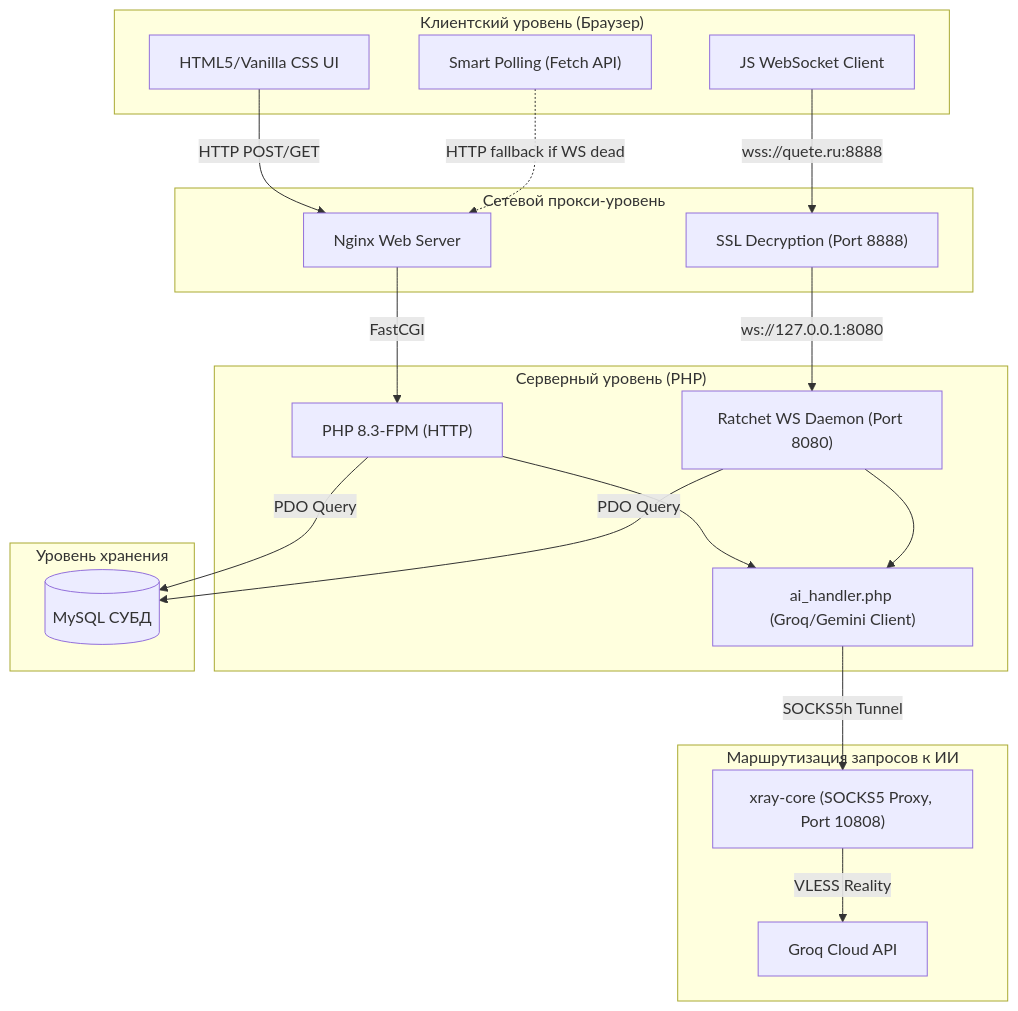
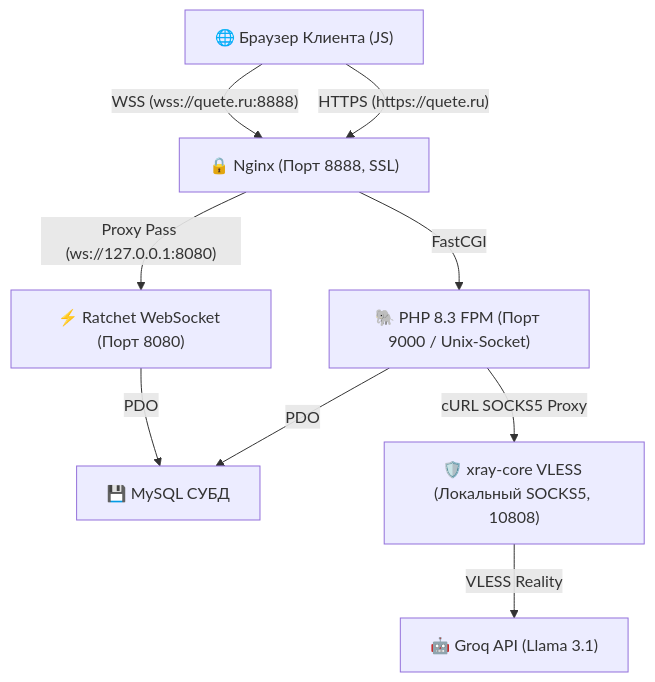
One commit to Gupkagrop/quete changed the diagram in deepAnalysis.md. Above: the diagram before and after it, drawn with Mermaid. The commit also changed other lines of this file and 2 other files, not shown here.

Commit message:
Обновление документации: добавлен раздел о глубоком техническом анализе архитектуры и интеграция правил разработки в `COMPLETED_WORK.md` и `GEMINI.md`; обновлен `deepAnalysis.md` с подробным описанием архитектуры и оптимизаций.

````diff
--- a/deepAnalysis.md
+++ b/deepAnalysis.md
@@ -22,46 +23,19 @@
 ```mermaid
-flowchart TD
-    subgraph Client ["Клиентский уровень (Браузер)"]
-        UI["HTML5/Vanilla CSS UI"]
-        JS["JS WebSocket Client"]
-        AJAX["Smart Polling (Fetch API)"]
-    end
+graph TD
+    Client["🌐 Браузер Клиента (JS)"]
+    Nginx["🔒 Nginx (Порт 8888, SSL)"]
+    Ratchet["⚡ Ratchet WebSocket (Порт 8080)"]
+    PHP_FPM["🐘 PHP 8.3 FPM (Порт 9000 / Unix-Socket)"]
+    MySQL["💾 MySQL СУБД"]
+    Xray["🛡️ xray-core VLESS (Локальный SOCKS5, 10808)"]
+    Groq["🤖 Groq API (Llama 3.1)"]
 
-    subgraph Network ["Сетевой прокси-уровень"]
-        Nginx["Nginx Web Server"]
-        SSL["SSL Decryption (Port 8888)"]
-    end
-
-    subgraph Backend ["Серверный уровень (PHP)"]
-        FPM["PHP 8.3-FPM (HTTP)"]
-        Ratchet["Ratchet WS Daemon (Port 8080)"]
-        AI["ai_handler.php (Groq/Gemini Client)"]
-    end
-
-    subgraph Database ["Уровень хранения"]
-        MySQL[("MySQL СУБД")]
-    end
-
-    subgraph Proxy ["Маршрутизация запросов к ИИ"]
-        Xray["xray-core (SOCKS5 Proxy, Port 10808)"]
-        Groq["Groq Cloud API"]
-    end
-
-    %% Маршруты трафика
-    UI -->|HTTP POST/GET| Nginx
-    Nginx -->|FastCGI| FPM
-    FPM -->|PDO Query| MySQL
-
-    JS -->|wss://quete.ru:8888| SSL
-    SSL -->|ws://127.0.0.1:8080| Ratchet
-    Ratchet -->|PDO Query| MySQL
-    
-    %% Резервный опрос
-    AJAX -.->|HTTP fallback if WS dead| Nginx
-
-    %% ИИ-генерация
-    FPM --> AI
-    Ratchet --> AI
-    AI -->|SOCKS5h Tunnel| Xray
-    Xray -->|VLESS Reality| Groq
+    Client -- "WSS (wss://quete.ru:8888)" --> Nginx
+    Nginx -- "Proxy Pass (ws://127.0.0.1:8080)" --> Ratchet
+    Client -- "HTTPS (https://quete.ru)" --> Nginx
+    Nginx -- "FastCGI" --> PHP_FPM
+    PHP_FPM -- "PDO" --> MySQL
+    Ratchet -- "PDO" --> MySQL
+    PHP_FPM -- "cURL SOCKS5 Proxy" --> Xray
+    Xray -- "VLESS Reality" --> Groq
 ```
````
